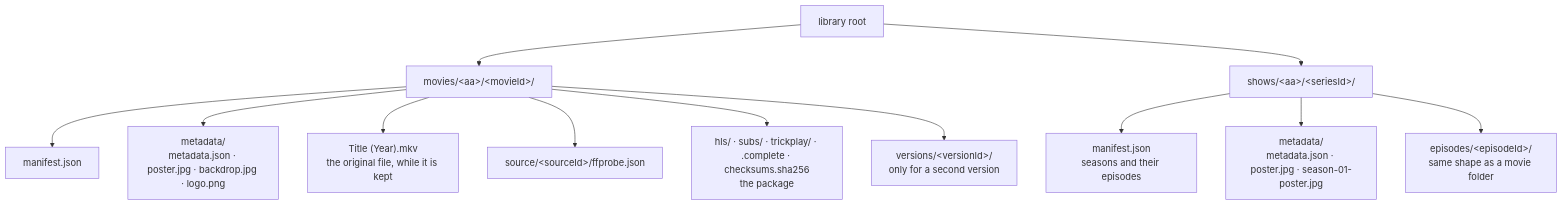
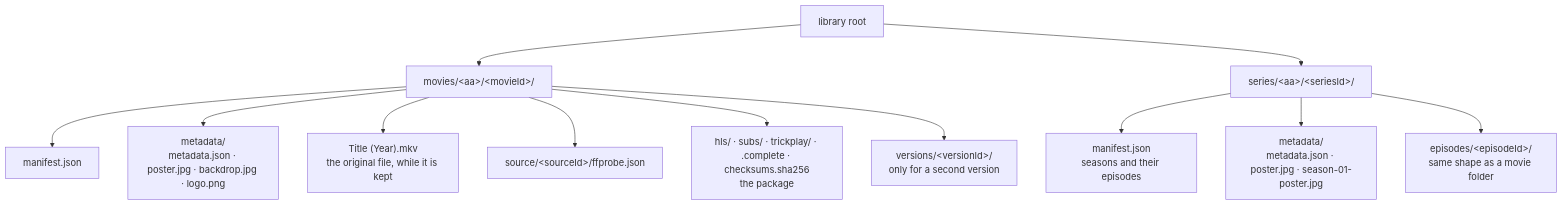
Before and after one commit to zaentrum/zaentrum: the first of 2 diagrams in docs/library/README.md, drawn with Mermaid. The commit also changed other lines of this file and 4 other files, not shown here.

````diff
--- a/docs/library/README.md
+++ b/docs/library/README.md
@@ -39,14 +39,14 @@
 ```mermaid
 flowchart TD
   L["library root"] --> MV["movies/&lt;aa&gt;/&lt;movieId&gt;/"]
-  L --> SH["shows/&lt;aa&gt;/&lt;seriesId&gt;/"]
+  L --> SH["series/&lt;aa&gt;/&lt;seriesId&gt;/"]
   MV --> M1["manifest.json"]
   MV --> M2["metadata/<br/>metadata.json · poster.jpg · backdrop.jpg · logo.png"]
   MV --> M0["Title (Year).mkv<br/>the original file, while it is kept"]
   MV --> M3["source/&lt;sourceId&gt;/ffprobe.json"]
   MV --> M4["hls/ · subs/ · trickplay/ · .complete · checksums.sha256<br/>the package"]
   MV --> M5["versions/&lt;versionId&gt;/<br/>only for a second version"]
   SH --> S1["manifest.json<br/>seasons and their episodes"]
   SH --> S2["metadata/<br/>metadata.json · poster.jpg · season-01-poster.jpg"]
   SH --> EP["episodes/&lt;episodeId&gt;/<br/>same shape as a movie folder"]
 ```
````
